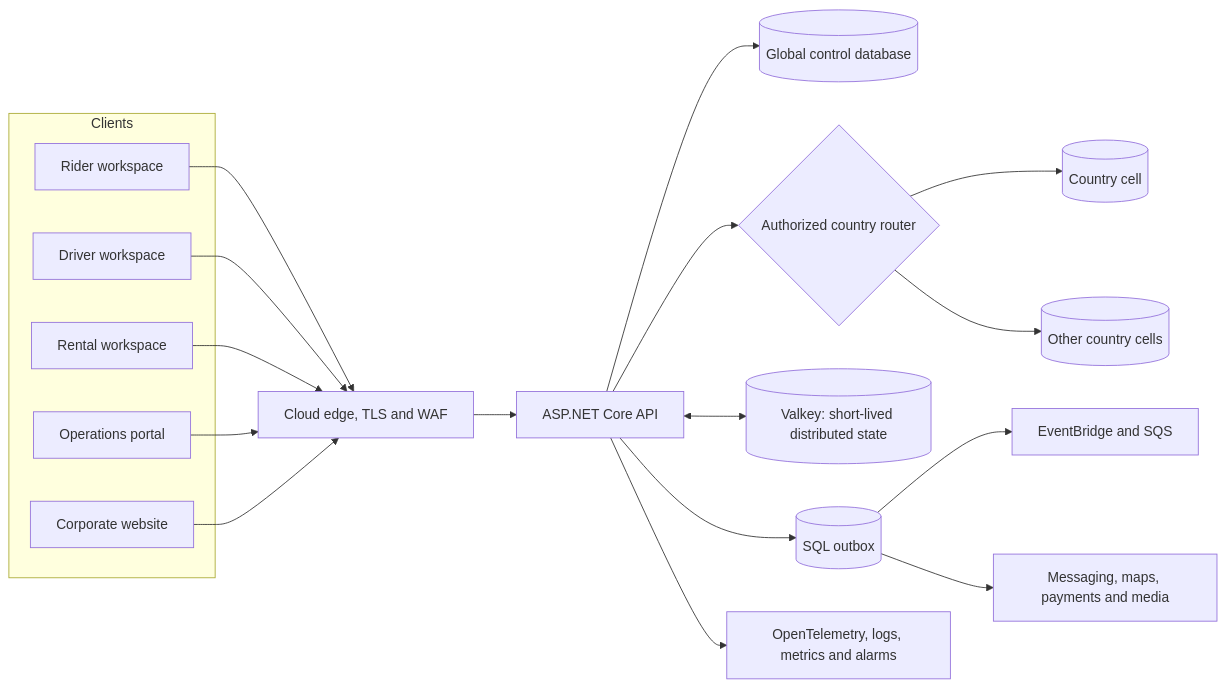
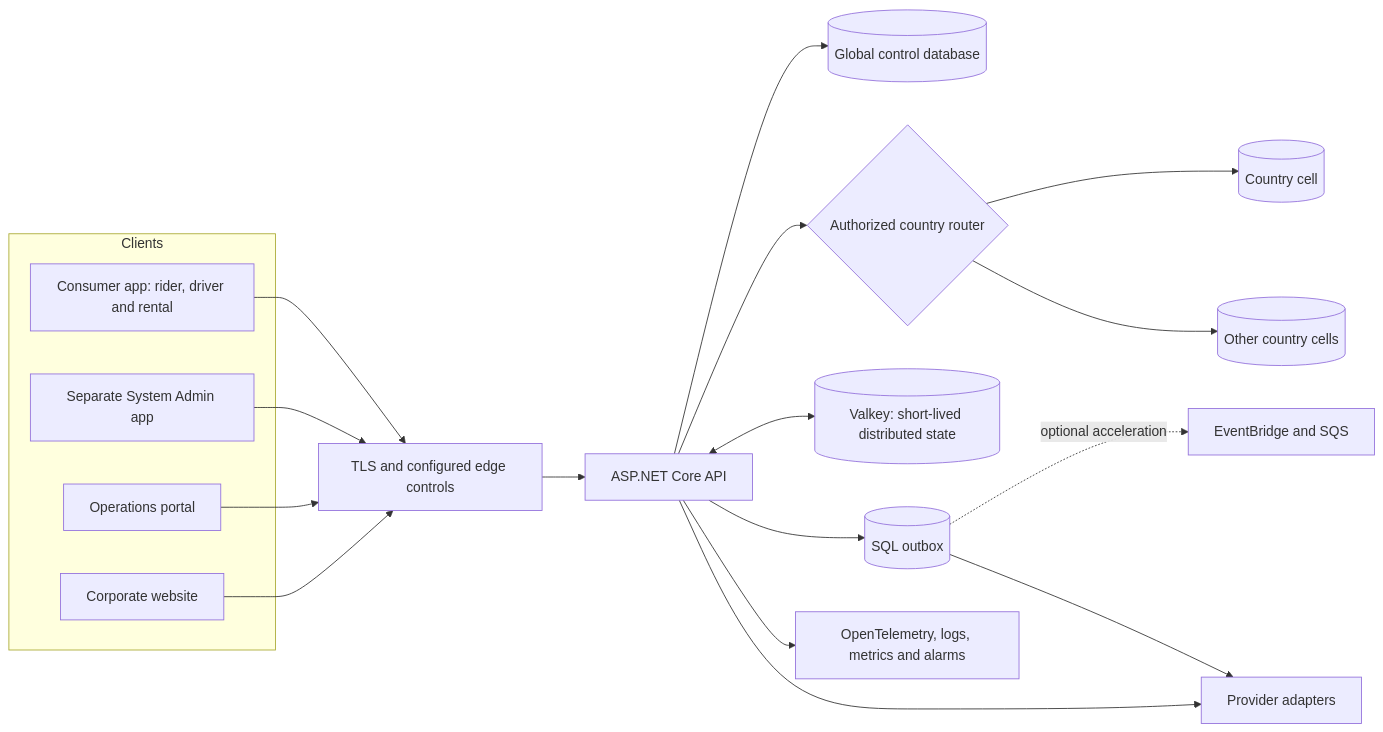
Before and after one commit to KiloDriveApp/KiloDrive-Architecture: the diagram in README.md, drawn with Mermaid. The commit also changed other lines of this file and 3 other files, not shown here.

````diff
--- a/README.md
+++ b/README.md
@@ -136,28 +155,27 @@
 ```mermaid
 flowchart LR
     subgraph Clients
-      Rider[Rider workspace]
-      Driver[Driver workspace]
-      Rental[Rental workspace]
-      Admin[Operations portal]
+      Consumer[Consumer app: rider, driver and rental]
+      Admin[Separate System Admin app]
+      Portal[Operations portal]
       Web[Corporate website]
     end
 
-    Rider --> Edge[Cloud edge, TLS and WAF]
-    Driver --> Edge
-    Rental --> Edge
+    Consumer --> Edge[TLS and configured edge controls]
     Admin --> Edge
+    Portal --> Edge
     Web --> Edge
     Edge --> API[ASP.NET Core API]
 
     API --> Control[(Global control database)]
     API --> Router{Authorized country router}
     Router --> JM[(Country cell)]
     Router --> Other[(Other country cells)]
 
     API <--> Valkey[(Valkey: short-lived distributed state)]
     API --> Outbox[(SQL outbox)]
-    Outbox --> Bus[EventBridge and SQS]
-    Outbox --> Providers[Messaging, maps, payments and media]
+    Outbox -. optional acceleration .-> Bus[EventBridge and SQS]
+    Outbox --> Providers[Provider adapters]
+    API --> Providers
     API --> Telemetry[OpenTelemetry, logs, metrics and alarms]
 ```
````
